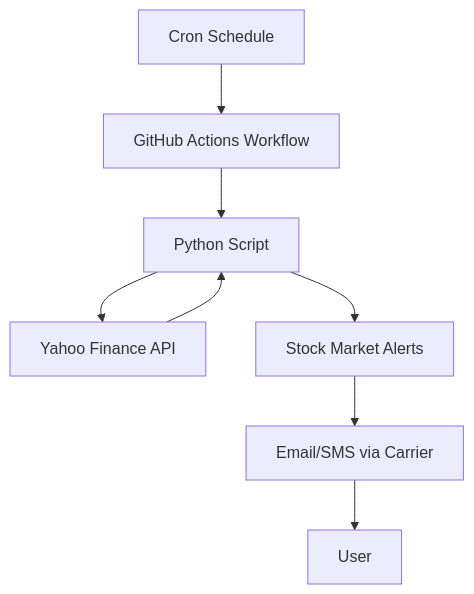
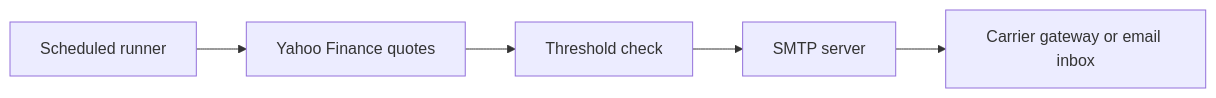
The diagram in README.md (jeremyjpj0916/stock-market-alerts), drawn with Mermaid before and after one commit. The commit also changed other lines of this file and 9 other files, not shown here.

````diff
--- a/README.md
+++ b/README.md
@@ -4,11 +7,7 @@
 ```mermaid
-
-graph TD
-    A["Cron Schedule"] --> B["GitHub Actions Workflow"]
-    B --> C["Python Script"]
-    C --> D["Yahoo Finance API"]
-    D --> C
-    C --> E["Stock Market Alerts"]
-    E --> F["Email/SMS via Carrier"]
-    F --> G["User"]
+graph LR
+    A[Scheduled runner] --> B[Yahoo Finance quotes]
+    B --> C[Threshold check]
+    C --> D[SMTP server]
+    D --> E[Carrier gateway or email inbox]
 ```
````
